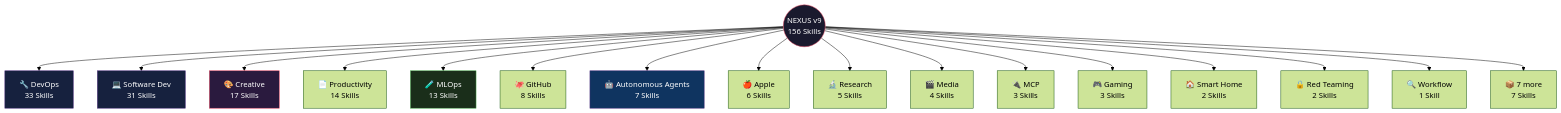
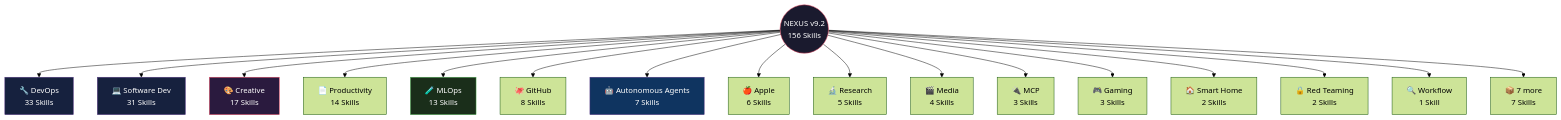
Before and after one commit to TitoPrausee/nexus-toti: the eighth of 8 diagrams in README.md, drawn with Mermaid (forest theme). The commit also changed other lines of this file and 1 other file, not shown here.

````diff
--- a/README.md
+++ b/README.md
@@ -451,43 +666,43 @@
 ```mermaid
 graph TB
-    Nexus((NEXUS v9<br/>156 Skills))
+    Nexus((NEXUS v9.2<br/>156 Skills))
     devops["🔧 DevOps<br/>33 Skills"]
     Nexus --> devops
     softdev["💻 Software Dev<br/>31 Skills"]
     Nexus --> softdev
     creative["🎨 Creative<br/>17 Skills"]
     Nexus --> creative
     prod["📄 Productivity<br/>14 Skills"]
     Nexus --> prod
     mlops["🧪 MLOps<br/>13 Skills"]
     Nexus --> mlops
     github["🐙 GitHub<br/>8 Skills"]
     Nexus --> github
     agents["🤖 Autonomous Agents<br/>7 Skills"]
     Nexus --> agents
     apple["🍎 Apple<br/>6 Skills"]
     Nexus --> apple
     research["🔬 Research<br/>5 Skills"]
     Nexus --> research
     media["🎬 Media<br/>4 Skills"]
     Nexus --> media
     mcp["🔌 MCP<br/>3 Skills"]
     Nexus --> mcp
     gaming["🎮 Gaming<br/>3 Skills"]
     Nexus --> gaming
     smarthome["🏠 Smart Home<br/>2 Skills"]
     Nexus --> smarthome
     redteam["🔒 Red Teaming<br/>2 Skills"]
     Nexus --> redteam
     workflow["🔍 Workflow<br/>1 Skill"]
     Nexus --> workflow
     other["📦 7 more<br/>7 Skills"]
     Nexus --> other
 
     style Nexus fill:#1a1a2e,stroke:#e94560,color:#fff
     style devops fill:#16213e,stroke:#533483,color:#fff
     style softdev fill:#16213e,stroke:#533483,color:#fff
     style creative fill:#2a1a3e,stroke:#e94560,color:#fff
     style mlops fill:#1a2e1a,stroke:#4CAF50,color:#fff
     style agents fill:#0f3460,stroke:#533483,color:#fff
 ```
````
